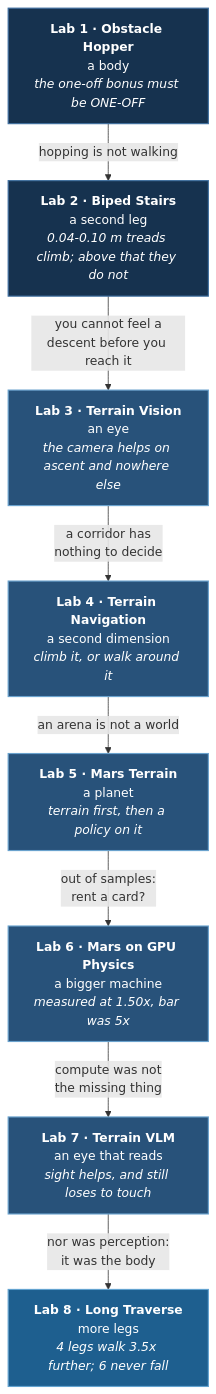
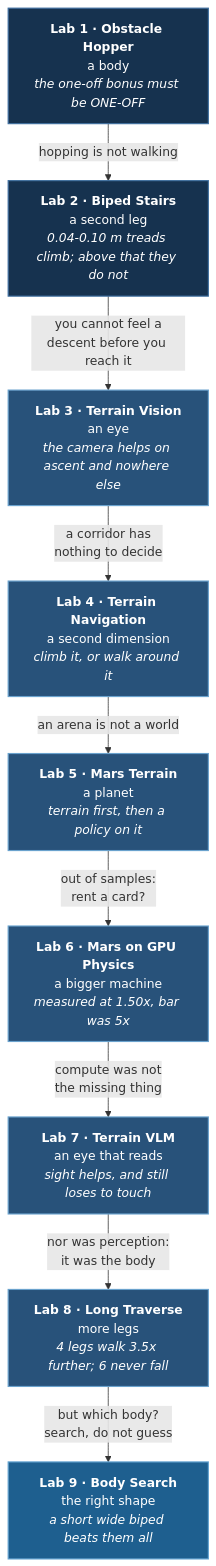
The first of 2 diagrams in docusaurus-docs/docs/tutorials/physical/overview.md (yiqiao-yin/deepspeed-course), drawn with Mermaid before and after one commit. The commit also changed other lines of this file and 30 other files, not shown here.

First line of the commit message:
Lab 9: search the body space — proportion beats leg count (#101)

````diff
--- a/docusaurus-docs/docs/tutorials/physical/overview.md
+++ b/docusaurus-docs/docs/tutorials/physical/overview.md
@@ -31,30 +31,32 @@
 ```mermaid
 flowchart TB
   L1["<b>Lab 1 · Obstacle Hopper</b><br/>a body<br/><i>the one-off bonus must be ONE-OFF</i>"]
   L2["<b>Lab 2 · Biped Stairs</b><br/>a second leg<br/><i>0.04-0.10 m treads climb; above that they do not</i>"]
   L3["<b>Lab 3 · Terrain Vision</b><br/>an eye<br/><i>the camera helps on ascent and nowhere else</i>"]
   L4["<b>Lab 4 · Terrain Navigation</b><br/>a second dimension<br/><i>climb it, or walk around it</i>"]
   L5["<b>Lab 5 · Mars Terrain</b><br/>a planet<br/><i>terrain first, then a policy on it</i>"]
   L6["<b>Lab 6 · Mars on GPU Physics</b><br/>a bigger machine<br/><i>measured at 1.50x, bar was 5x</i>"]
   L7["<b>Lab 7 · Terrain VLM</b><br/>an eye that reads<br/><i>sight helps, and still loses to touch</i>"]
   L8["<b>Lab 8 · Long Traverse</b><br/>more legs<br/><i>4 legs walk 3.5x further; 6 never fall</i>"]
+  L9["<b>Lab 9 · Body Search</b><br/>the right shape<br/><i>a short wide biped beats them all</i>"]
 
   L1 -->|"hopping is not walking"| L2
   L2 -->|"you cannot feel a<br/>descent before you reach it"| L3
   L3 -->|"a corridor has<br/>nothing to decide"| L4
   L4 -->|"an arena is not a world"| L5
   L5 -->|"out of samples:<br/>rent a card?"| L6
   L6 -->|"compute was not<br/>the missing thing"| L7
   L7 -->|"nor was perception:<br/>it was the body"| L8
+  L8 -->|"but which body?<br/>search, do not guess"| L9
 
   classDef deep   fill:#08182a,stroke:#2d5a86,stroke-width:1.5px,color:#ffffff
   classDef dark   fill:#0a1f33,stroke:#2d5a86,stroke-width:1.5px,color:#ffffff
   classDef base   fill:#16324f,stroke:#3f6f9f,stroke-width:1.5px,color:#ffffff
   classDef bright fill:#1e5f8f,stroke:#63a3d0,stroke-width:1.5px,color:#ffffff
   classDef steel  fill:#28527a,stroke:#6aa2cd,stroke-width:1.5px,color:#ffffff
 
   class L1,L2 base
   class L3,L4 steel
-  class L5,L6,L7 steel
-  class L8 bright
+  class L5,L6,L7,L8 steel
+  class L9 bright
 ```
````
